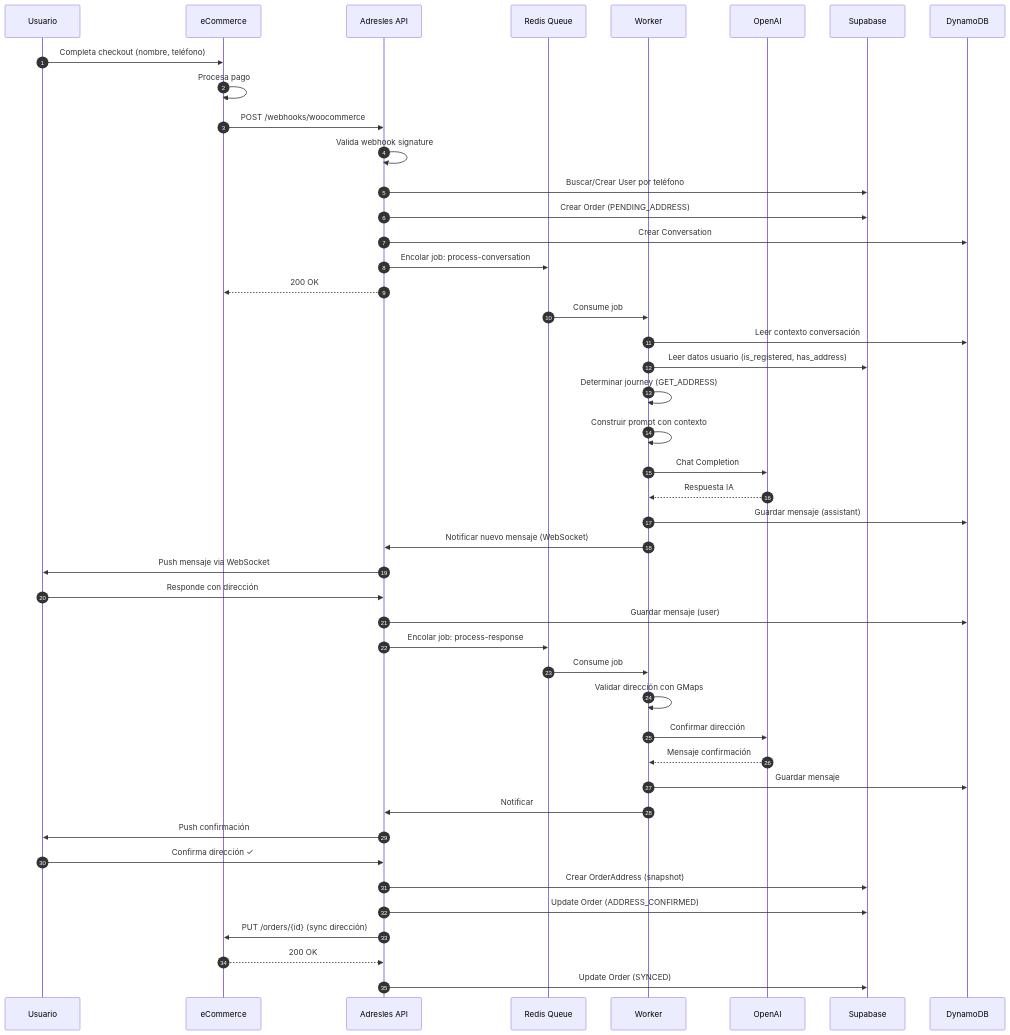
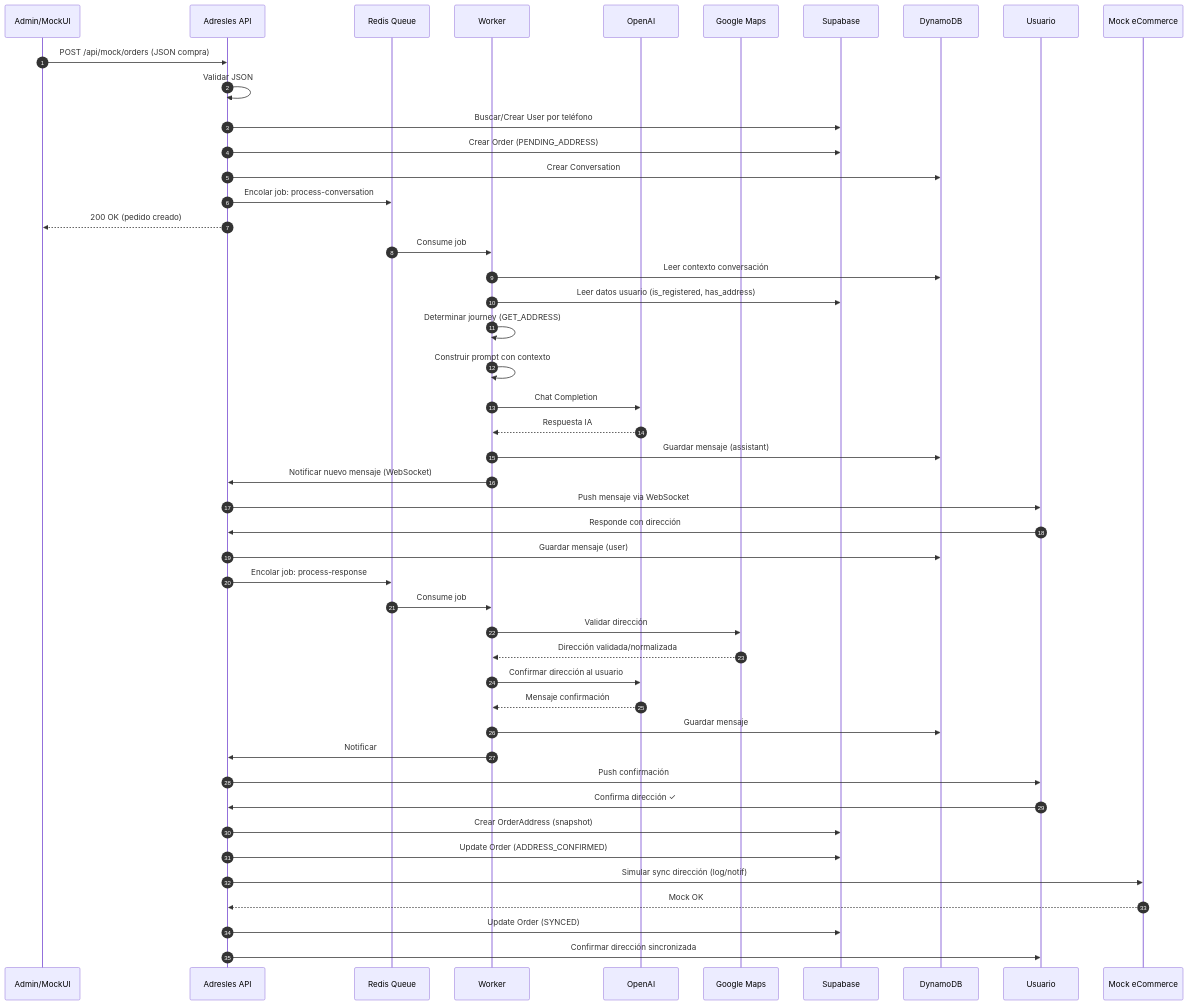
Before and after one commit to LIDR-academy/AI4Devs-finalproject: diagram 15 of 17 in Adresles_Business.md, drawn with Mermaid. The commit also changed other lines of this file and 5 other files, not shown here.

First line of the commit message:
Redefinición del MVP de Adresles con enfoque mock

````diff
--- a/Adresles_Business.md
+++ b/Adresles_Business.md
@@ -1573,54 +1664,56 @@
 ```mermaid
 sequenceDiagram
     autonumber
-    participant U as Usuario
-    participant EC as eCommerce
+    participant Admin as Admin/MockUI
     participant API as Adresles API
     participant Q as Redis Queue
     participant W as Worker
     participant AI as OpenAI
+    participant GM as Google Maps
     participant DB as Supabase
     participant DDB as DynamoDB
+    participant U as Usuario
+    participant Mock as Mock eCommerce
     
-    U->>EC: Completa checkout (nombre, teléfono)
-    EC->>EC: Procesa pago
-    EC->>API: POST /webhooks/woocommerce
+    Admin->>API: POST /api/mock/orders (JSON compra)
     
-    API->>API: Valida webhook signature
+    API->>API: Validar JSON
     API->>DB: Buscar/Crear User por teléfono
     API->>DB: Crear Order (PENDING_ADDRESS)
     API->>DDB: Crear Conversation
     API->>Q: Encolar job: process-conversation
-    API-->>EC: 200 OK
+    API-->>Admin: 200 OK (pedido creado)
     
     Q->>W: Consume job
     W->>DDB: Leer contexto conversación
     W->>DB: Leer datos usuario (is_registered, has_address)
     W->>W: Determinar journey (GET_ADDRESS)
     W->>W: Construir prompt con contexto
     W->>AI: Chat Completion
     AI-->>W: Respuesta IA
     W->>DDB: Guardar mensaje (assistant)
     W->>API: Notificar nuevo mensaje (WebSocket)
     
     API->>U: Push mensaje via WebSocket
     U->>API: Responde con dirección
     API->>DDB: Guardar mensaje (user)
     API->>Q: Encolar job: process-response
     
     Q->>W: Consume job
-    W->>W: Validar dirección con GMaps
-    W->>AI: Confirmar dirección
+    W->>GM: Validar dirección
+    GM-->>W: Dirección validada/normalizada
+    W->>AI: Confirmar dirección al usuario
     AI-->>W: Mensaje confirmación
     W->>DDB: Guardar mensaje
     W->>API: Notificar
     
     API->>U: Push confirmación
     U->>API: Confirma dirección ✓
     
     API->>DB: Crear OrderAddress (snapshot)
     API->>DB: Update Order (ADDRESS_CONFIRMED)
-    API->>EC: PUT /orders/{id} (sync dirección)
-    EC-->>API: 200 OK
+    API->>Mock: Simular sync dirección (log/notif)
+    Mock-->>API: Mock OK
     API->>DB: Update Order (SYNCED)
+    API->>U: Confirmar dirección sincronizada
 ```
````
